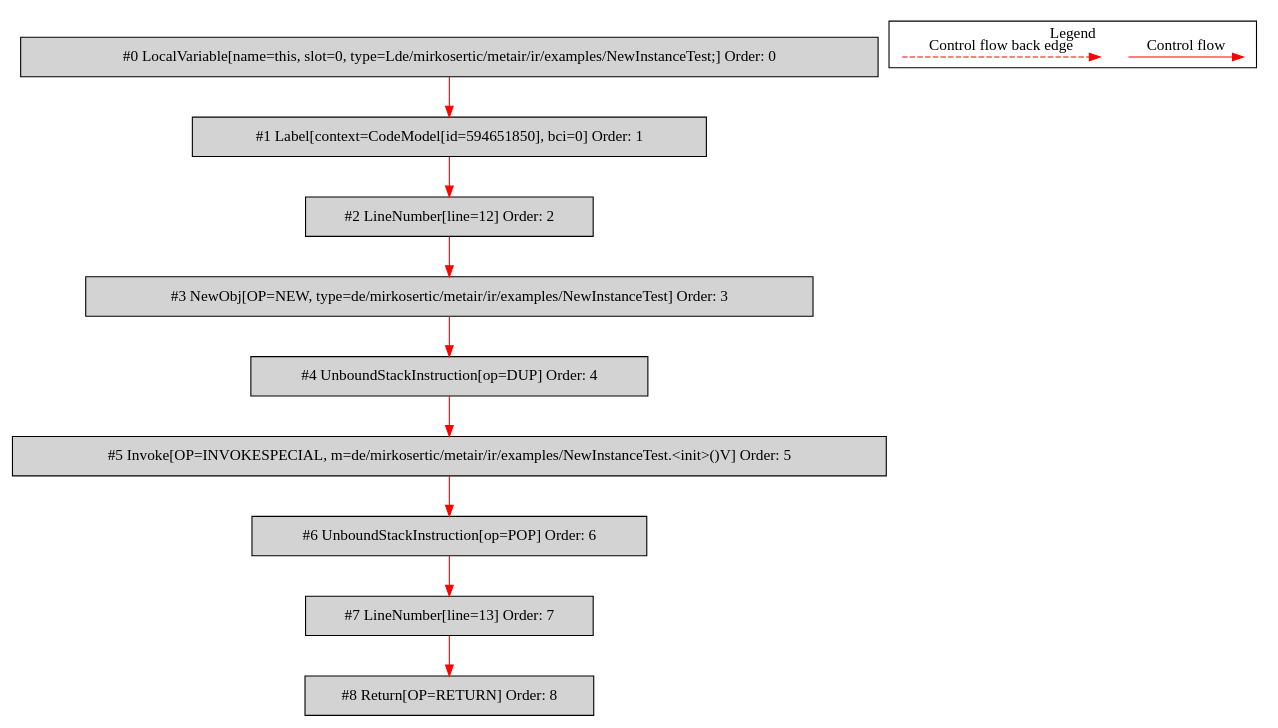
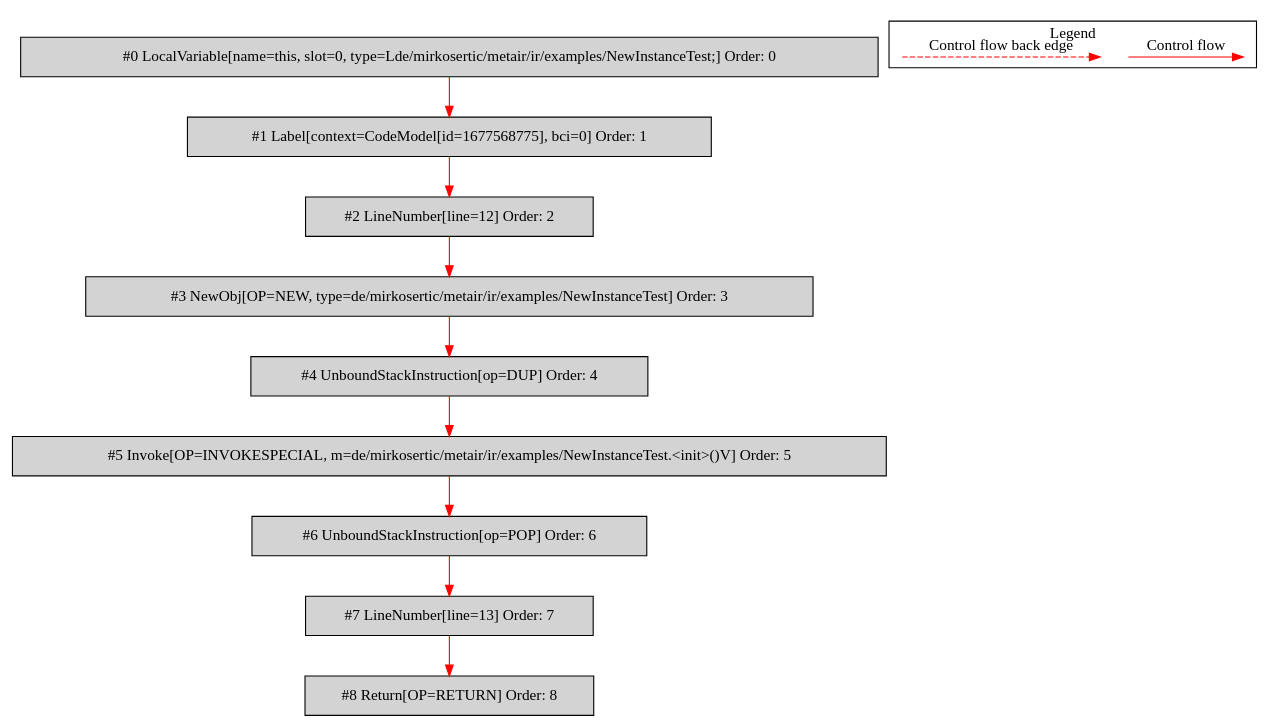
One commit to mirkosertic/MetaIR changed the diagram in de.mirkosertic.metair.ir.examples.NewInstanceTest/newInstance/bytecodecfg.dot. Above: the diagram before and after it, drawn with Graphviz. The commit also changed 1418 other files, not shown here.

```diff
--- a/de.mirkosertic.metair.ir.examples.NewInstanceTest/newInstance/bytecodecfg.dot
+++ b/de.mirkosertic.metair.ir.examples.NewInstanceTest/newInstance/bytecodecfg.dot
@@ -1,34 +1,34 @@
 digraph {
  ordering="in";
  node0[label="#0 LocalVariable[name=this, slot=0, type=Lde/mirkosertic/metair/ir/examples/NewInstanceTest;] Order: 0", shape=box, fillcolor=lightgrey, style=filled];
- node1[label="#1 Label[context=CodeModel[id=594651850], bci=0] Order: 1", shape=box, fillcolor=lightgrey, style=filled];
+ node1[label="#1 Label[context=CodeModel[id=1677568775], bci=0] Order: 1", shape=box, fillcolor=lightgrey, style=filled];
  node2[label="#2 LineNumber[line=12] Order: 2", shape=box, fillcolor=lightgrey, style=filled];
  node3[label="#3 NewObj[OP=NEW, type=de/mirkosertic/metair/ir/examples/NewInstanceTest] Order: 3", shape=box, fillcolor=lightgrey, style=filled];
  node4[label="#4 UnboundStackInstruction[op=DUP] Order: 4", shape=box, fillcolor=lightgrey, style=filled];
  node5[label="#5 Invoke[OP=INVOKESPECIAL, m=de/mirkosertic/metair/ir/examples/NewInstanceTest.<init>()V] Order: 5", shape=box, fillcolor=lightgrey, style=filled];
  node6[label="#6 UnboundStackInstruction[op=POP] Order: 6", shape=box, fillcolor=lightgrey, style=filled];
  node7[label="#7 LineNumber[line=13] Order: 7", shape=box, fillcolor=lightgrey, style=filled];
  node8[label="#8 Return[OP=RETURN] Order: 8", shape=box, fillcolor=lightgrey, style=filled];
  node0 -> node1[color=red];
  node1 -> node2[color=red];
  node2 -> node3[color=red];
  node3 -> node4[color=red];
  node4 -> node5[color=red];
  node5 -> node6[color=red];
  node6 -> node7[color=red];
  node7 -> node8[color=red];
  subgraph cluster_000 {
   label = "Legend";
   node [shape=point]
   {
    rank=same;
    c0 [style = invis];
    c1 [style = invis];
    c2 [style = invis];
    c3 [style = invis];
   }
   c0 -> c1 [label="Control flow", style=solid, color=red]
   c2 -> c3 [label="Control flow back edge", style=dashed, color=red]
  }
 
 }
```
